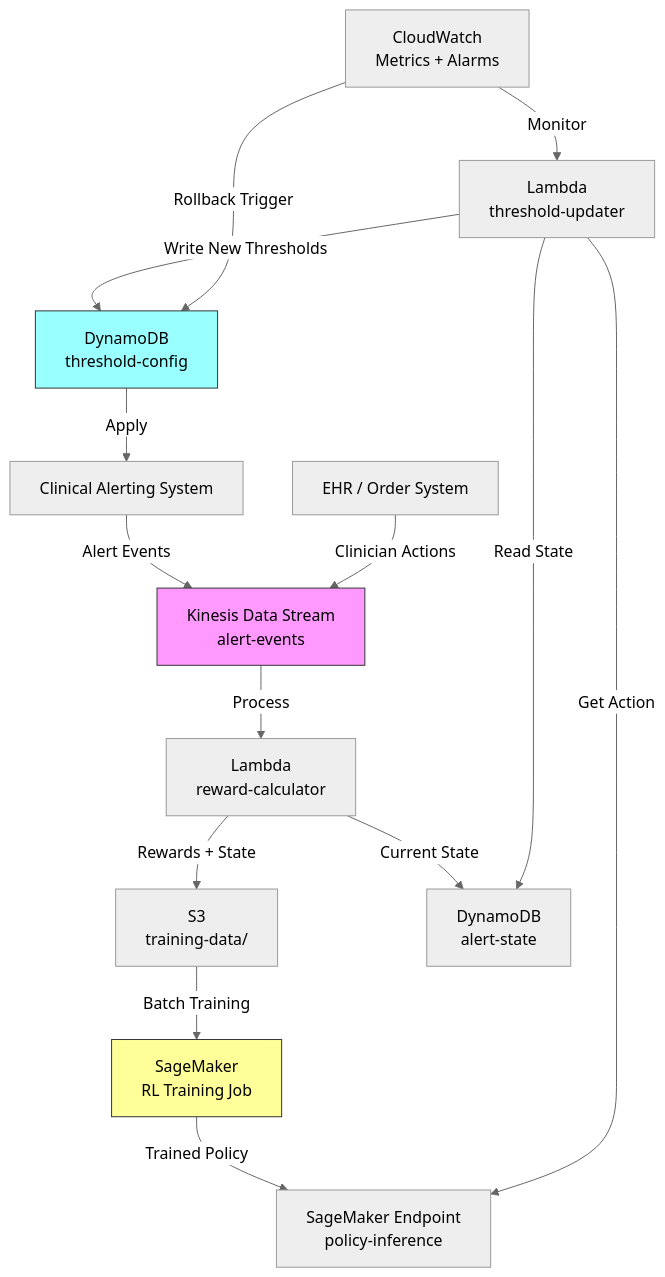
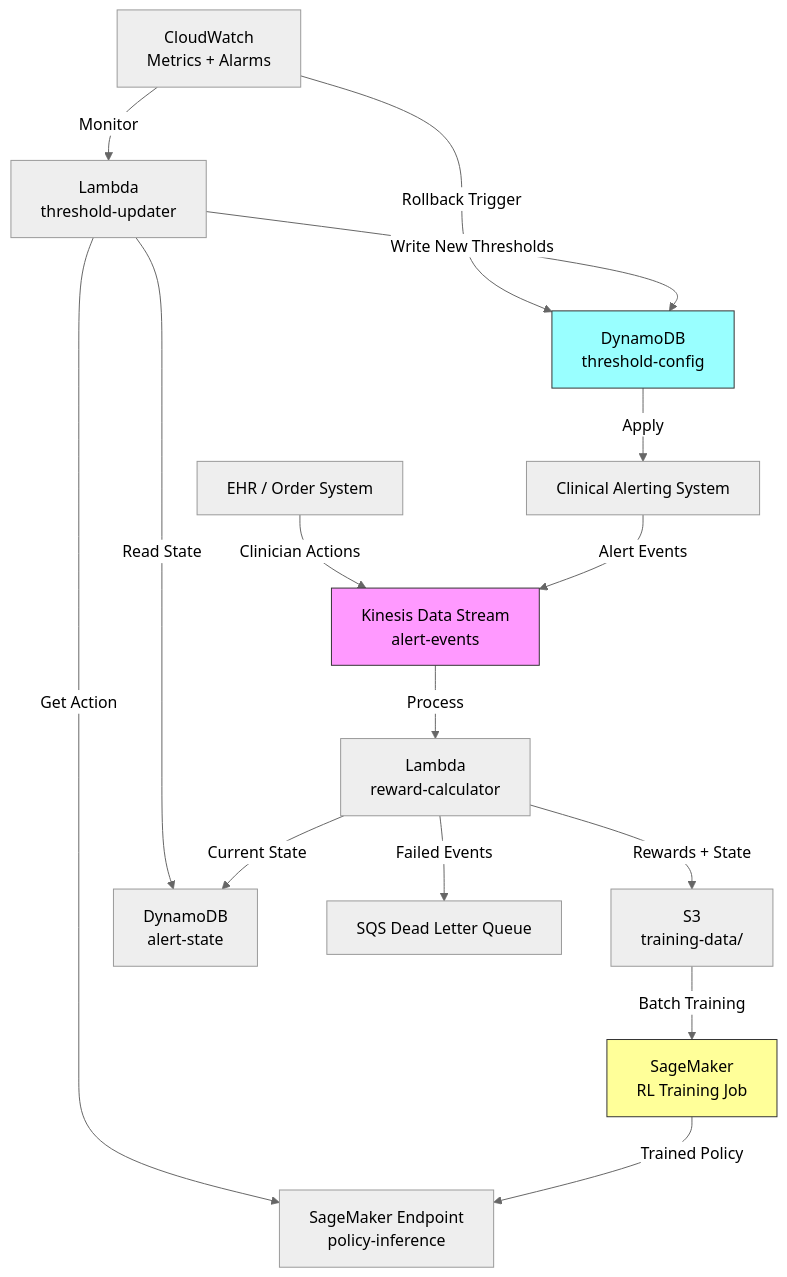
Before and after one commit to ccrngd1/HCLS-ai-book: the diagram in chapter15.01-alert-threshold-optimization.md, drawn with Mermaid (neutral theme). The commit also changed other lines of this file and 5 other files, not shown here.

````diff
--- a/chapter15.01-alert-threshold-optimization.md
+++ b/chapter15.01-alert-threshold-optimization.md
@@ -144,23 +144,24 @@
 ```mermaid
 flowchart TD
     A[Clinical Alerting System] -->|Alert Events| B[Kinesis Data Stream\nalert-events]
     A2[EHR / Order System] -->|Clinician Actions| B
     B -->|Process| C[Lambda\nreward-calculator]
     C -->|Rewards + State| D[S3\ntraining-data/]
     C -->|Current State| E[DynamoDB\nalert-state]
+    C -->|Failed Events| DLQ[SQS Dead Letter Queue]
     
     D -->|Batch Training| F[SageMaker\nRL Training Job]
     F -->|Trained Policy| G[SageMaker Endpoint\npolicy-inference]
     
     H[Lambda\nthreshold-updater] -->|Read State| E
     H -->|Get Action| G
     H -->|Write New Thresholds| I[DynamoDB\nthreshold-config]
     I -->|Apply| A
     
     J[CloudWatch\nMetrics + Alarms] -->|Monitor| H
     J -->|Rollback Trigger| I
 
     style B fill:#f9f,stroke:#333
     style F fill:#ff9,stroke:#333
     style I fill:#9ff,stroke:#333
 ```
````
